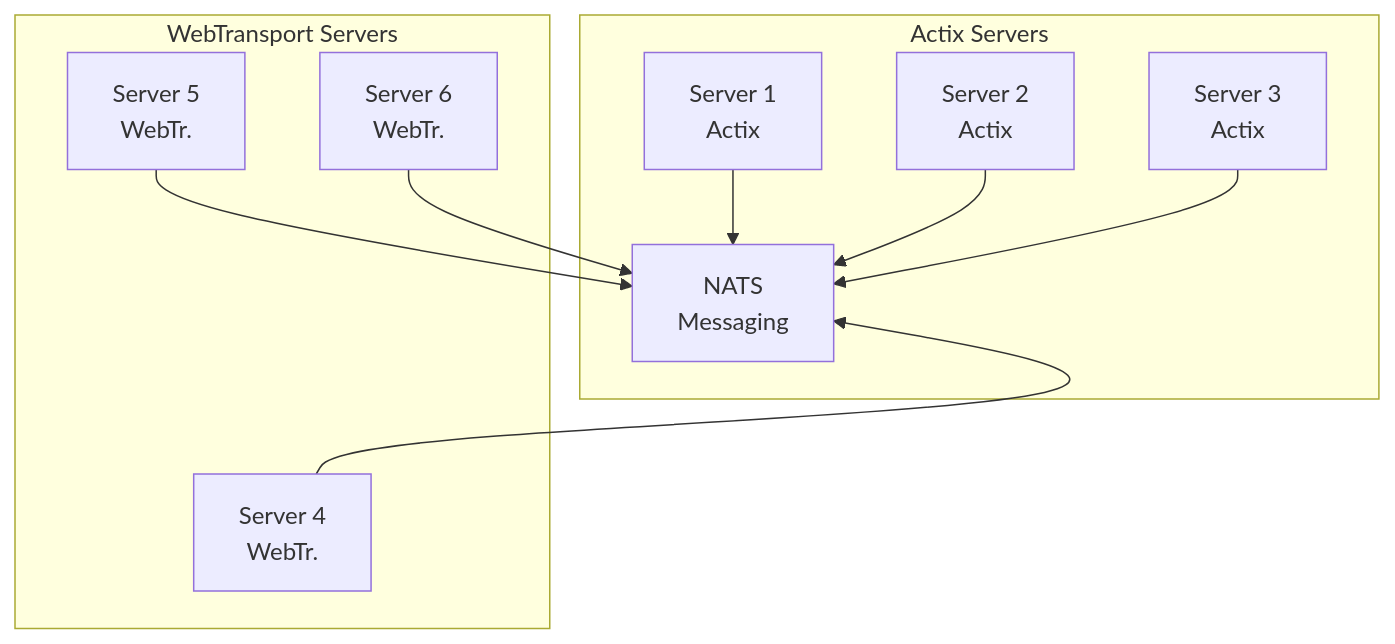
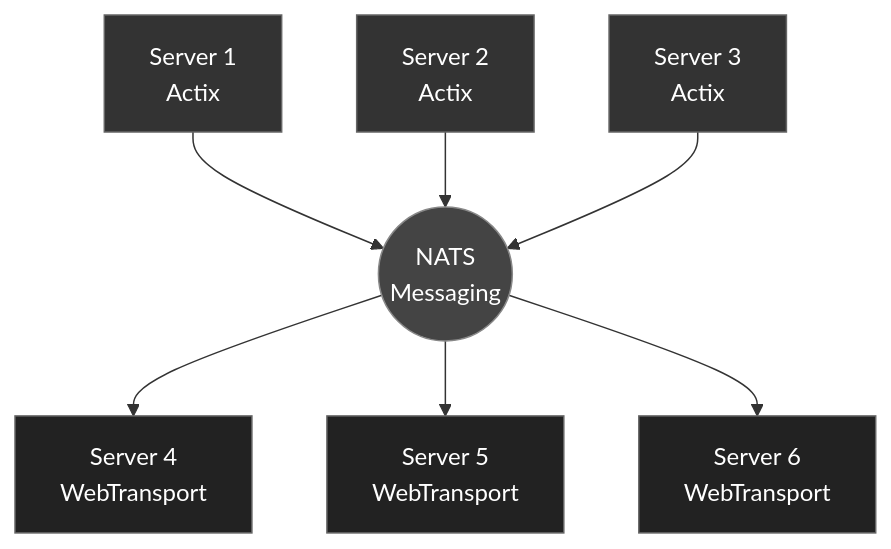
Before and after one commit to security-union/videocall-rs: the fourth of 4 diagrams in ARCHITECTURE.md, drawn with Mermaid. The commit also changed other lines of this file, not shown here.

````diff
--- a/ARCHITECTURE.md
+++ b/ARCHITECTURE.md
@@ -128,20 +106,20 @@
 ```mermaid
-flowchart TD
-    NATS[NATS<br>Messaging]
+graph TB
+    NATS((NATS<br>Messaging))
     
-    subgraph ActixServers["Actix Servers"]
-        Server1[Server 1<br>Actix] --> NATS
-        Server2[Server 2<br>Actix] --> NATS
-        Server3[Server 3<br>Actix] --> NATS
-    end
+    Server1[Server 1<br>Actix] --> NATS
+    Server2[Server 2<br>Actix] --> NATS
+    Server3[Server 3<br>Actix] --> NATS
     
-    subgraph WebTransportServers["WebTransport Servers"]
-        Server4[Server 4<br>WebTr.] --> NATS
-        Server5[Server 5<br>WebTr.] --> NATS
-        Server6[Server 6<br>WebTr.] --> NATS
-    end
+    NATS --> Server4[Server 4<br>WebTransport]
+    NATS --> Server5[Server 5<br>WebTransport]
+    NATS --> Server6[Server 6<br>WebTransport]
     
-    %% Position NATS between the two subgraphs
-    ActixServers ~~~ NATS
-    NATS ~~~ WebTransportServers
+    classDef actix fill:#333,stroke:#666,color:white
+    classDef webtransport fill:#222,stroke:#666,color:white
+    classDef nats fill:#444,stroke:#888,stroke-width:1px,color:white
+    
+    class Server1,Server2,Server3 actix
+    class Server4,Server5,Server6 webtransport
+    class NATS nats
 ```
````
